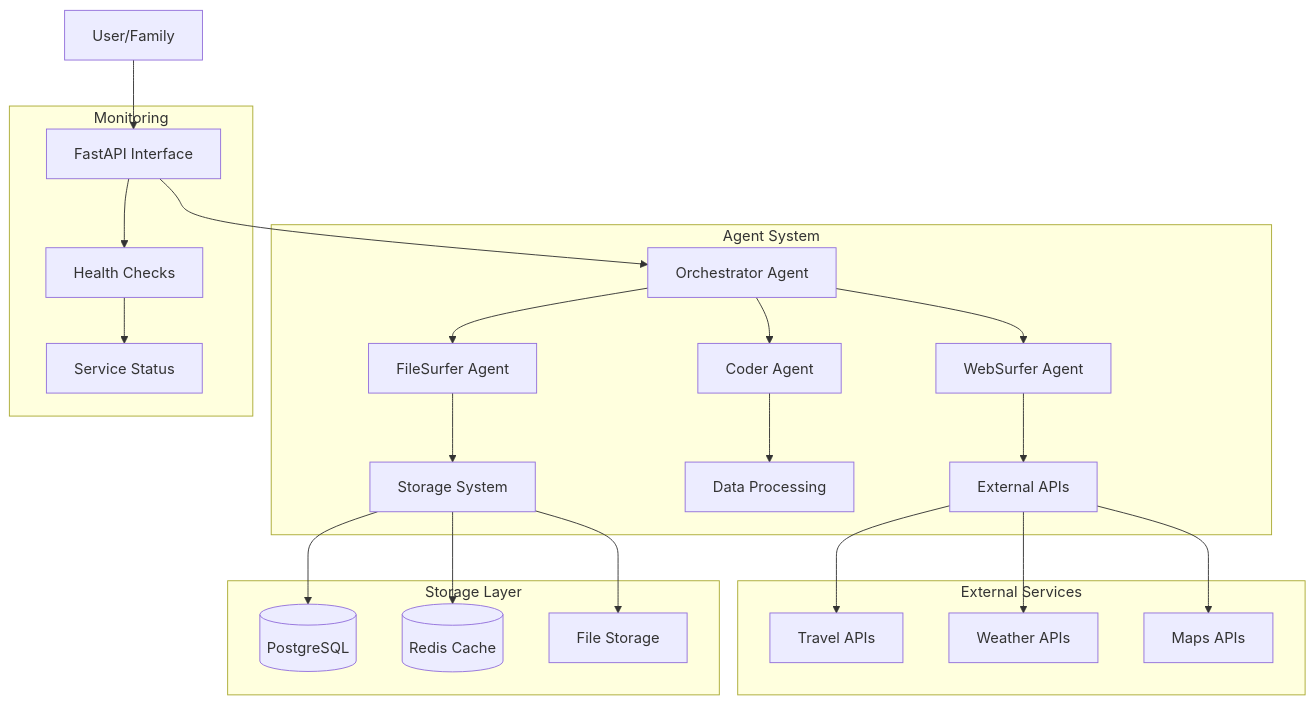
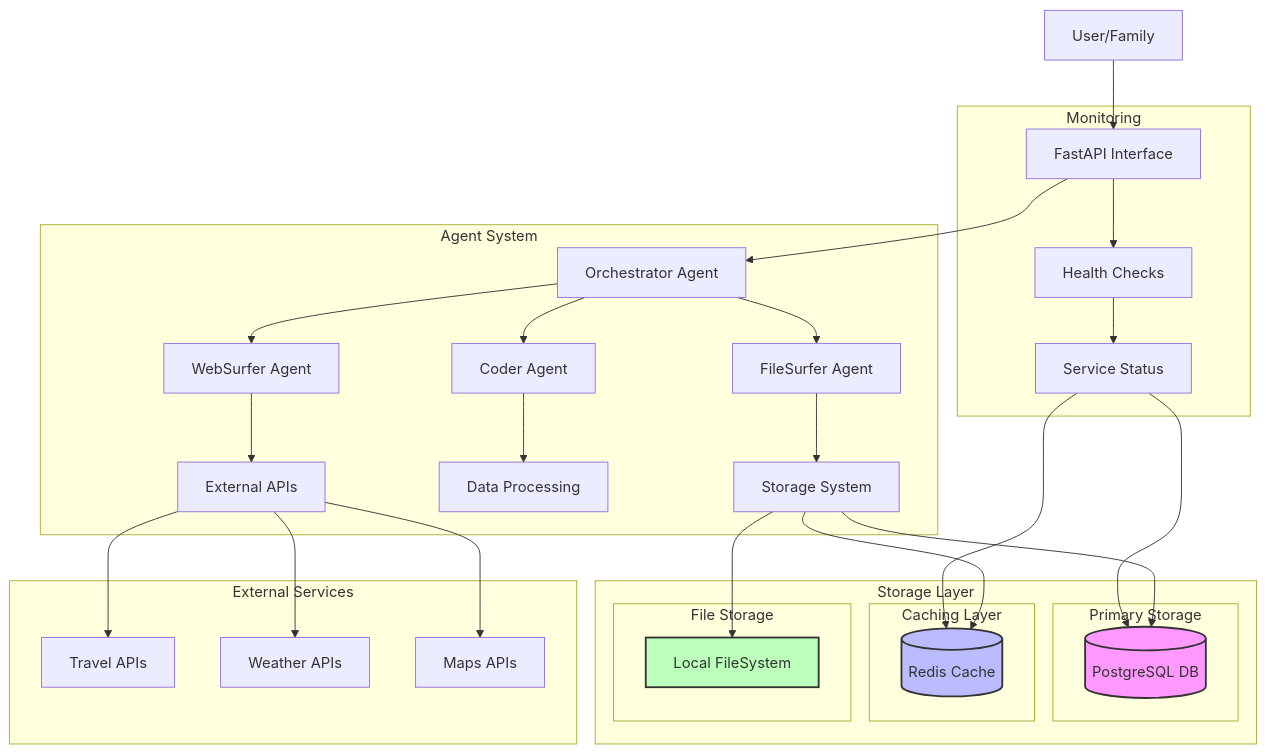
One commit to padak/magnetic changed the first of 5 diagrams in docs/architecture_diagrams.md. Above: the diagram before and after it, drawn with Mermaid. The commit also changed 1 other file, not shown here.

Commit message:
Update documentation to clarify PostgreSQL as primary database and update architecture diagrams

````diff
--- a/docs/architecture_diagrams.md
+++ b/docs/architecture_diagrams.md
@@ -5,32 +5,57 @@
 ```mermaid
 graph TB
     User[User/Family] --> API[FastAPI Interface]
     API --> Orchestrator[Orchestrator Agent]
     
     subgraph "Agent System"
         Orchestrator --> WebSurfer[WebSurfer Agent]
         Orchestrator --> Coder[Coder Agent]
         Orchestrator --> FileSurfer[FileSurfer Agent]
         
         WebSurfer --> ExternalAPIs[External APIs]
         Coder --> DataProcessing[Data Processing]
         FileSurfer --> Storage[Storage System]
     end
     
     subgraph "External Services"
         ExternalAPIs --> TravelAPI[Travel APIs]
         ExternalAPIs --> WeatherAPI[Weather APIs]
         ExternalAPIs --> MapsAPI[Maps APIs]
     end
     
     subgraph "Storage Layer"
-        Storage --> PostgreSQL[(PostgreSQL)]
-        Storage --> Redis[(Redis Cache)]
-        Storage --> FileStorage[File Storage]
+        subgraph "Primary Storage"
+            PostgreSQL[(PostgreSQL DB)]
+            style PostgreSQL fill:#f9f,stroke:#333,stroke-width:2px
+        end
+        
+        subgraph "Caching Layer"
+            Redis[(Redis Cache)]
+            style Redis fill:#bbf,stroke:#333,stroke-width:2px
+        end
+        
+        subgraph "File Storage"
+            FileSystem[Local FileSystem]
+            style FileSystem fill:#bfb,stroke:#333,stroke-width:2px
+        end
+        
+        Storage --> PostgreSQL
+        Storage --> Redis
+        Storage --> FileSystem
     end
 
     subgraph "Monitoring"
         API --> HealthChecks[Health Checks]
         HealthChecks --> ServiceStatus[Service Status]
+        ServiceStatus --> PostgreSQL
+        ServiceStatus --> Redis
     end
+
+    classDef implemented fill:#9f9,stroke:#333,stroke-width:2px;
+    classDef inProgress fill:#ff9,stroke:#333,stroke-width:2px;
+    classDef planned fill:#f99,stroke:#333,stroke-width:2px;
+    
+    class PostgreSQL implemented;
+    class Redis inProgress;
+    class FileSystem planned;
 ```
````
